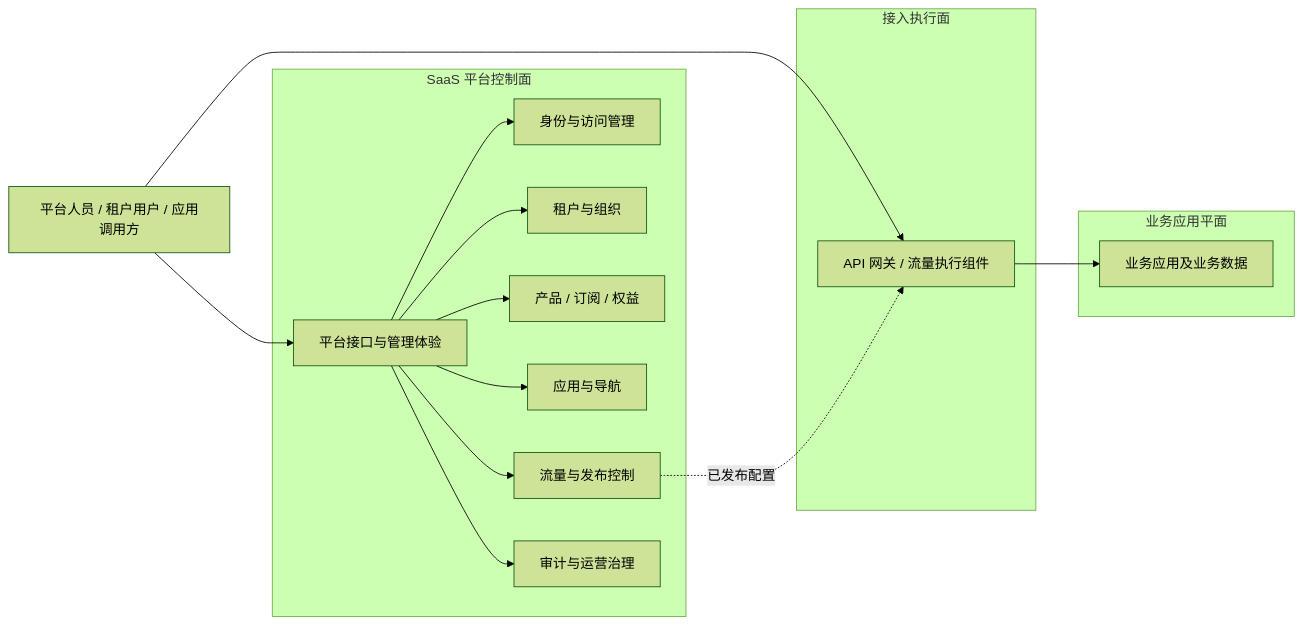
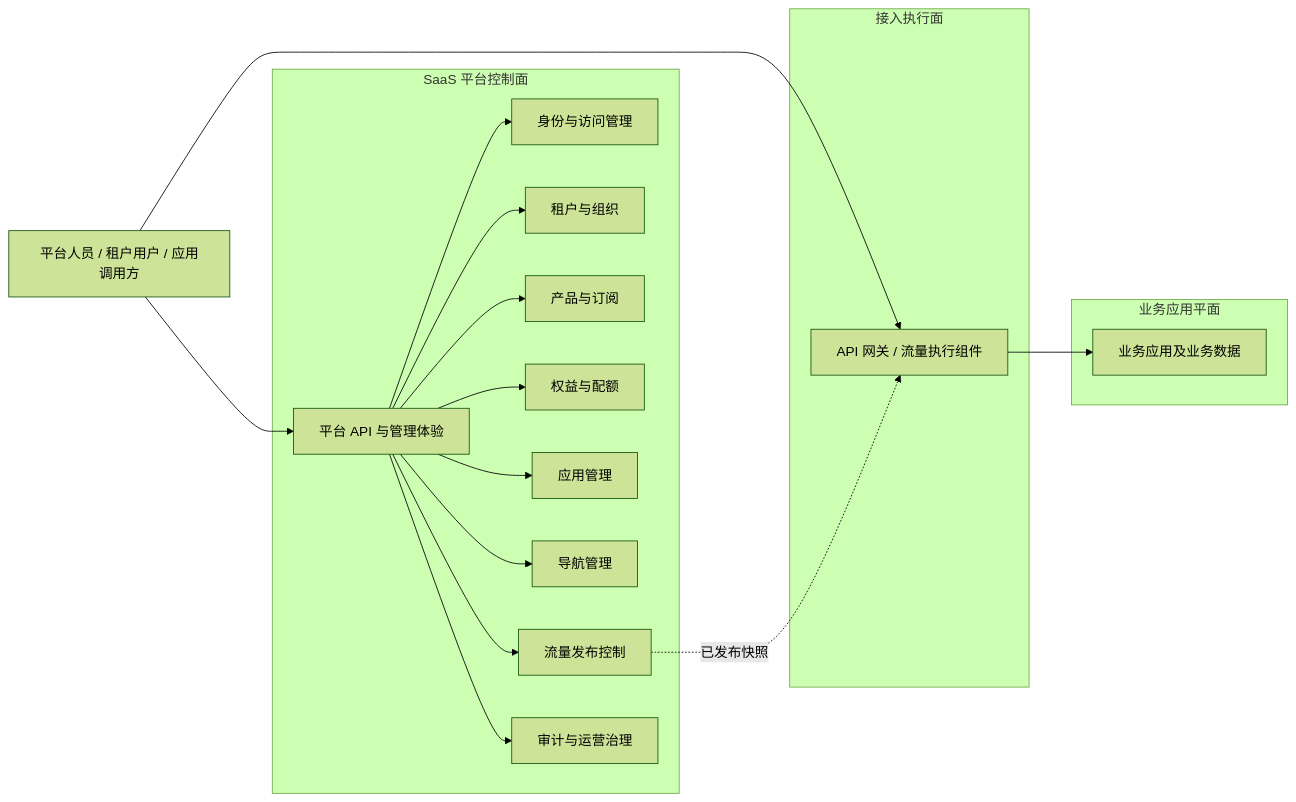
Before and after one commit to henryzhuhr/saas-platform: the diagram in docs/requirements/system-requirements.md, drawn with Mermaid (forest theme). The commit also changed other lines of this file and 26 other files, not shown here.

````diff
--- a/docs/requirements/system-requirements.md
+++ b/docs/requirements/system-requirements.md
@@ -15,33 +31,37 @@
 ```mermaid
 graph LR
     USERS["平台人员 / 租户用户 / 应用调用方"]
 
     subgraph CONTROL["SaaS 平台控制面"]
-        ACCESS["平台接口与管理体验"]
-        IDENTITY["身份与访问管理"]
+        ACCESS["平台 API 与管理体验"]
+        IAM["身份与访问管理"]
         TENANT["租户与组织"]
-        COMMERCIAL["产品 / 订阅 / 权益"]
-        APP["应用与导航"]
-        TRAFFIC["流量与发布控制"]
+        SUBSCRIPTION["产品与订阅"]
+        ENTITLEMENT["权益与配额"]
+        APPLICATION["应用管理"]
+        NAVIGATION["导航管理"]
+        ROUTING["流量发布控制"]
         AUDIT["审计与运营治理"]
     end
 
     subgraph EXECUTION["接入执行面"]
         GATEWAY["API 网关 / 流量执行组件"]
     end
 
-    subgraph APPLICATION["业务应用平面"]
-        BUSINESS["业务应用及业务数据"]
+    subgraph BUSINESS["业务应用平面"]
+        APP["业务应用及业务数据"]
     end
 
     USERS --> ACCESS
     USERS --> GATEWAY
-    ACCESS --> IDENTITY
+    ACCESS --> IAM
     ACCESS --> TENANT
-    ACCESS --> COMMERCIAL
-    ACCESS --> APP
-    ACCESS --> TRAFFIC
+    ACCESS --> SUBSCRIPTION
+    ACCESS --> ENTITLEMENT
+    ACCESS --> APPLICATION
+    ACCESS --> NAVIGATION
+    ACCESS --> ROUTING
     ACCESS --> AUDIT
-    TRAFFIC -.已发布配置.-> GATEWAY
-    GATEWAY --> BUSINESS
+    ROUTING -. "已发布快照" .-> GATEWAY
+    GATEWAY --> APP
 ```
````
